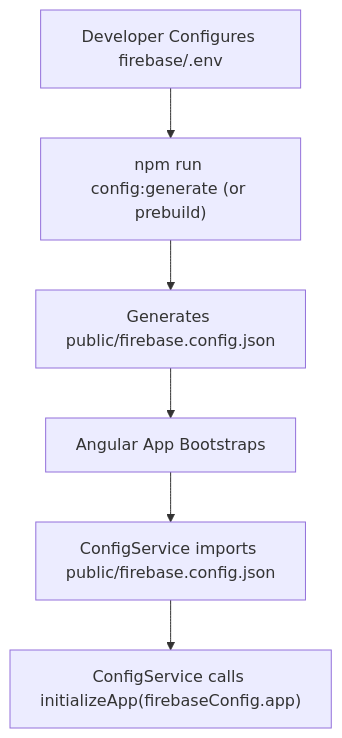
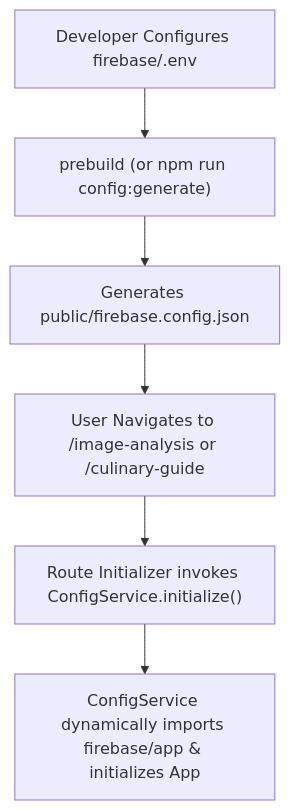
The diagram in README.md (railsstudent/ng-firebase-image-analyzer), drawn with Mermaid before and after one commit. The commit also changed other lines of this file, not shown here.

````diff
--- a/README.md
+++ b/README.md
@@ -70,8 +126,8 @@
 ```mermaid
 graph TD
-    A["Developer Configures firebase/.env"] --> B["npm run config:generate (or prebuild)"]
+    A["Developer Configures firebase/.env"] --> B["prebuild (or npm run config:generate)"]
     B --> C["Generates public/firebase.config.json"]
-    C --> D["Angular App Bootstraps"]
-    D --> E["ConfigService imports public/firebase.config.json"]
-    E --> F["ConfigService calls initializeApp(firebaseConfig.app)"]
+    C --> D["User Navigates to /image-analysis or /culinary-guide"]
+    D --> E["Route Initializer invokes ConfigService.initialize()"]
+    E --> F["ConfigService dynamically imports firebase/app & initializes App"]
 ```
````
